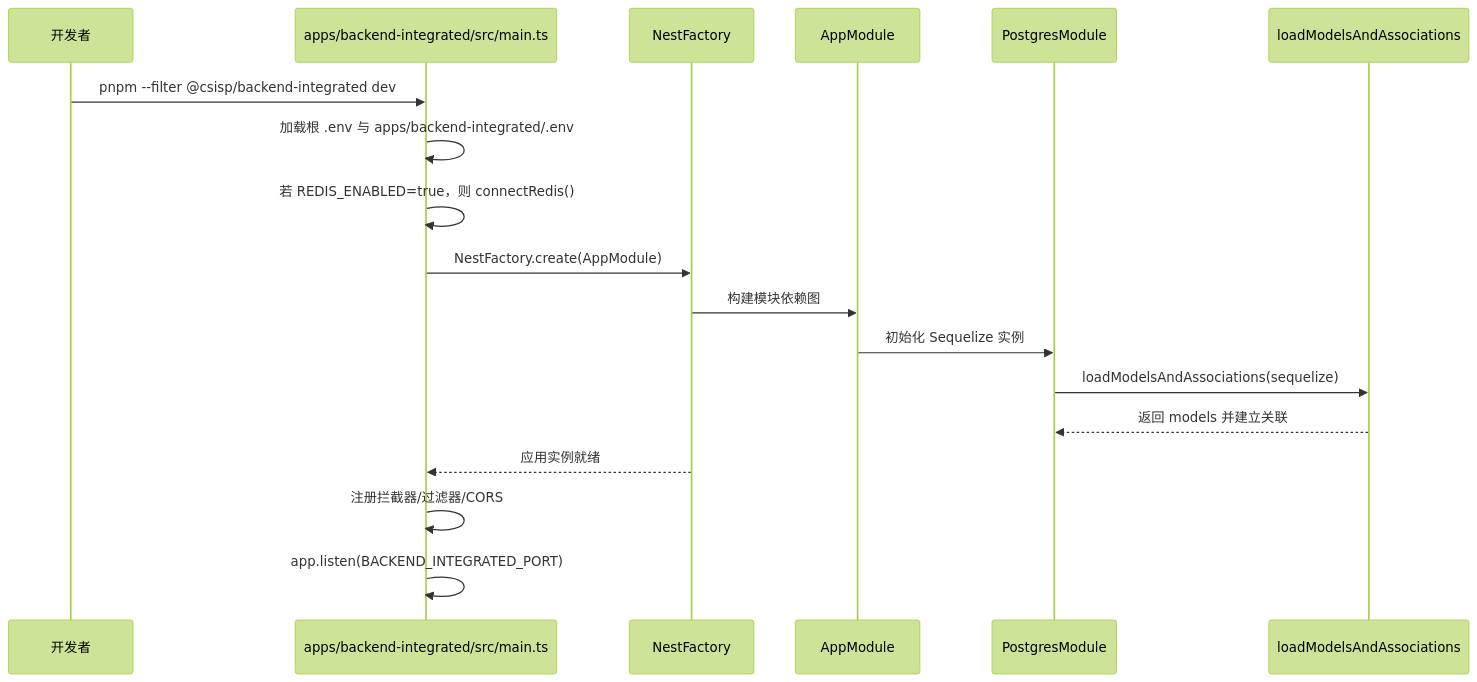
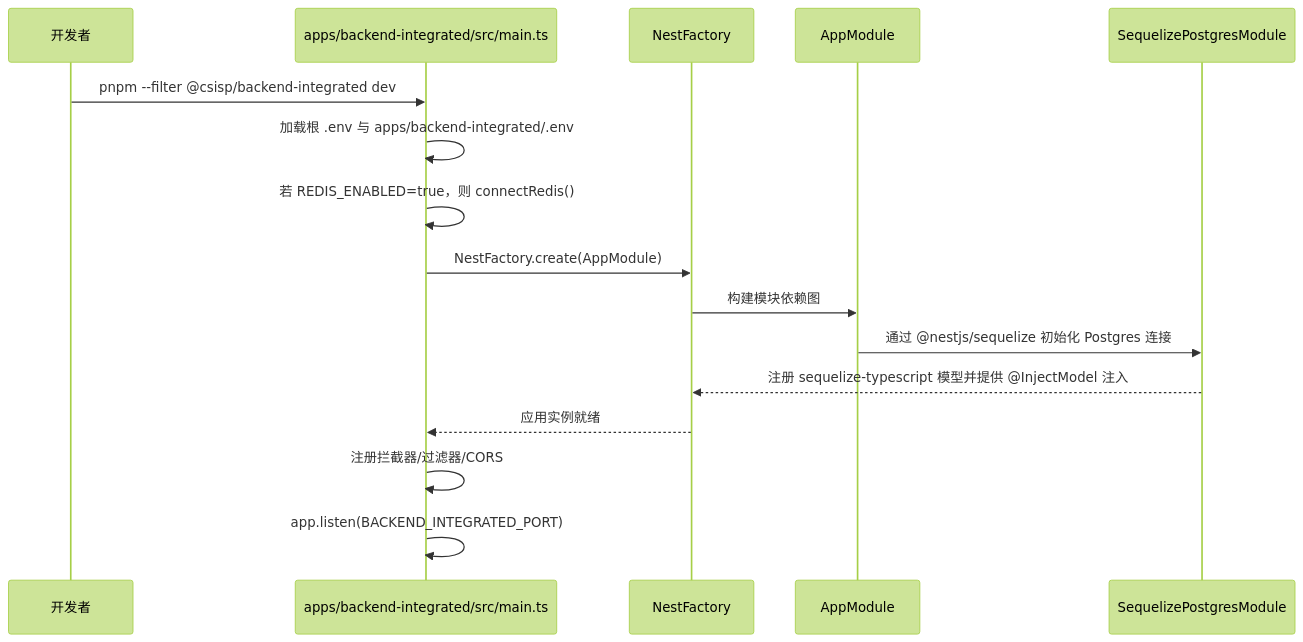
Before and after one commit to LZStarV/CSISP: the second of 3 diagrams in docs/src/architecture/技术架构设计文档.md, drawn with Mermaid (forest theme). The commit also changed other lines of this file and 65 other files, not shown here.

````diff
--- a/docs/src/architecture/技术架构设计文档.md
+++ b/docs/src/architecture/技术架构设计文档.md
@@ -342,21 +341,19 @@
 ```mermaid
 sequenceDiagram
   participant Dev as 开发者
   participant Main as apps/backend-integrated/src/main.ts
   participant Nest as NestFactory
   participant AppMod as AppModule
-  participant PG as PostgresModule
-  participant Models as loadModelsAndAssociations
+  participant PGMod as SequelizePostgresModule
 
   Dev->>Main: pnpm --filter @csisp/backend-integrated dev
   Main->>Main: 加载根 .env 与 apps/backend-integrated/.env
   Main->>Main: 若 REDIS_ENABLED=true，则 connectRedis()
   Main->>Nest: NestFactory.create(AppModule)
   Nest->>AppMod: 构建模块依赖图
-  AppMod->>PG: 初始化 Sequelize 实例
-  PG->>Models: loadModelsAndAssociations(sequelize)
-  Models-->>PG: 返回 models 并建立关联
+  AppMod->>PGMod: 通过 @nestjs/sequelize 初始化 Postgres 连接
+  PGMod-->>Nest: 注册 sequelize-typescript 模型并提供 @InjectModel 注入
   Nest-->>Main: 应用实例就绪
   Main->>Main: 注册拦截器/过滤器/CORS
   Main->>Main: app.listen(BACKEND_INTEGRATED_PORT)
 ```
````
